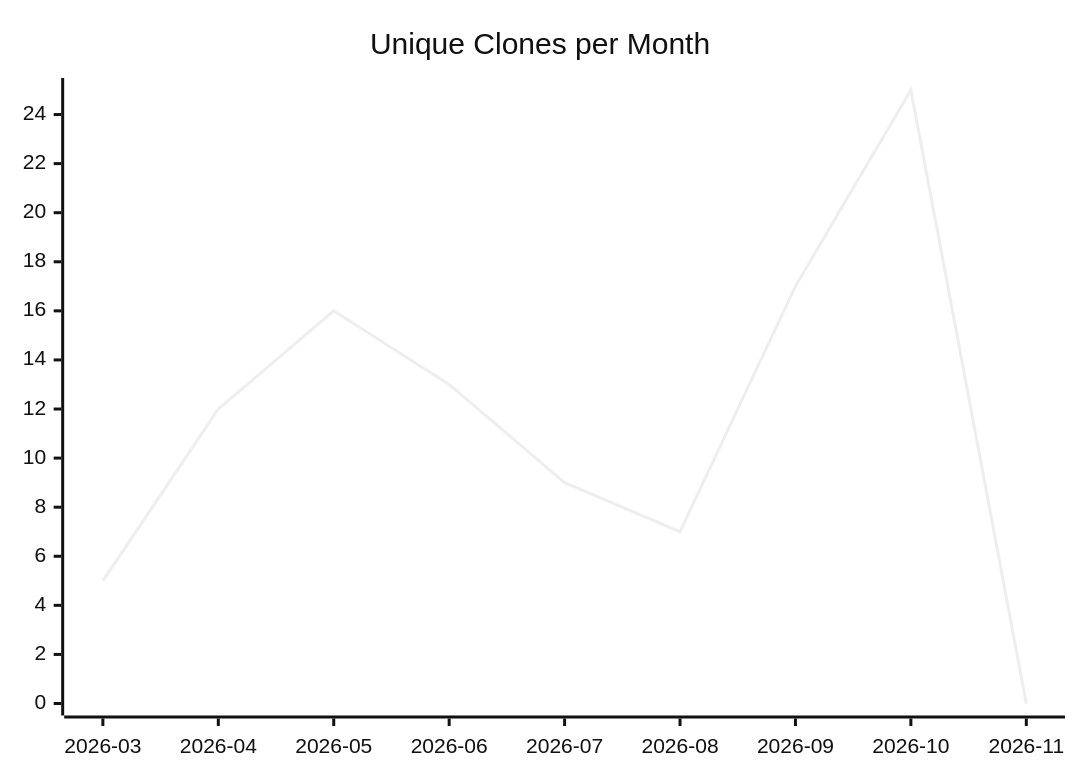
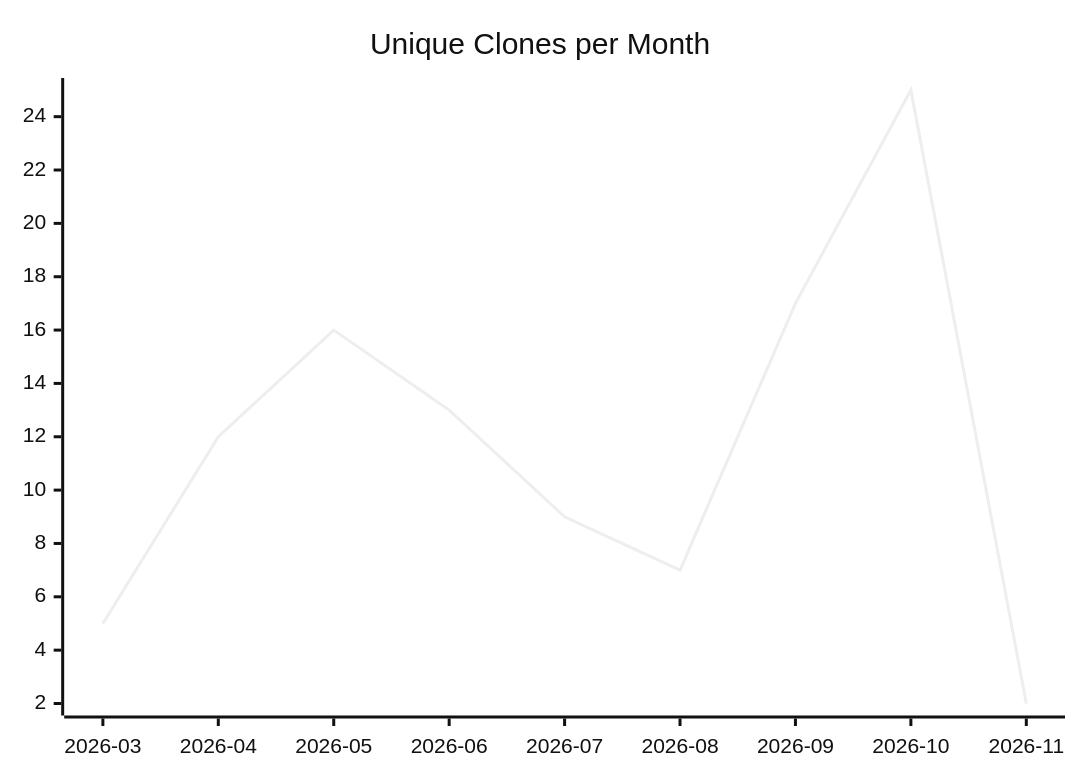
The third of 3 diagrams in karlmdavis/justdavis-karl/README.md (justdavis-family/github-analytics-data), drawn with Mermaid (neutral theme) before and after one commit. The commit also changed other lines of this file and 188 other files, not shown here.

````diff
--- a/karlmdavis/justdavis-karl/README.md
+++ b/karlmdavis/justdavis-karl/README.md
@@ -19,6 +19,6 @@
 ```mermaid
 xychart-beta
   title "Unique Clones per Month"
   x-axis ["2026-03", "2026-04", "2026-05", "2026-06", "2026-07", "2026-08", "2026-09", "2026-10", "2026-11"]
-  line [5, 12, 16, 13, 9, 7, 17, 25, 0]
+  line [5, 12, 16, 13, 9, 7, 17, 25, 2]
 ```
````
